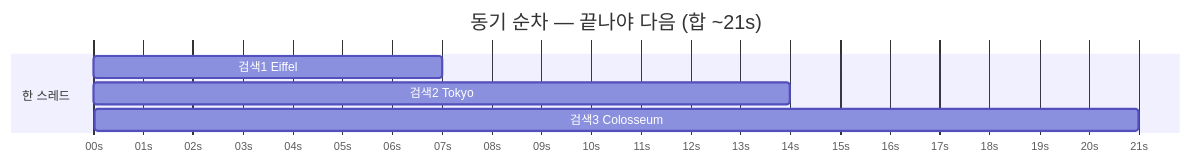
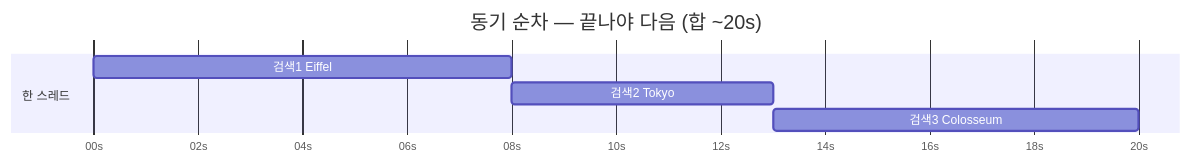
One commit to CodeCompose7/ai_service_engineering changed the seventh of 10 diagrams in docs/section3/lec02/README.md. Above: the diagram before and after it, drawn with Mermaid. The commit also changed other lines of this file, not shown here.

First line of the commit message:
lec02: 타이밍 gantt 수정 — 순차 겹침 버그·검색별 시간 차등

````diff
--- a/docs/section3/lec02/README.md
+++ b/docs/section3/lec02/README.md
@@ -118,10 +118,11 @@
 ```mermaid
 gantt
-  title 동기 순차 — 끝나야 다음 (합 ~21s)
+  title 동기 순차 — 끝나야 다음 (합 ~20s)
   dateFormat X
   axisFormat %Ss
+  tickInterval 2second
   section 한 스레드
-  검색1 Eiffel : 0, 7
-  검색2 Tokyo : 7, 14
-  검색3 Colosseum : 14, 21
+  검색1 Eiffel : t1, 0, 8s
+  검색2 Tokyo : t2, after t1, 5s
+  검색3 Colosseum : t3, after t2, 7s
 ```
````
